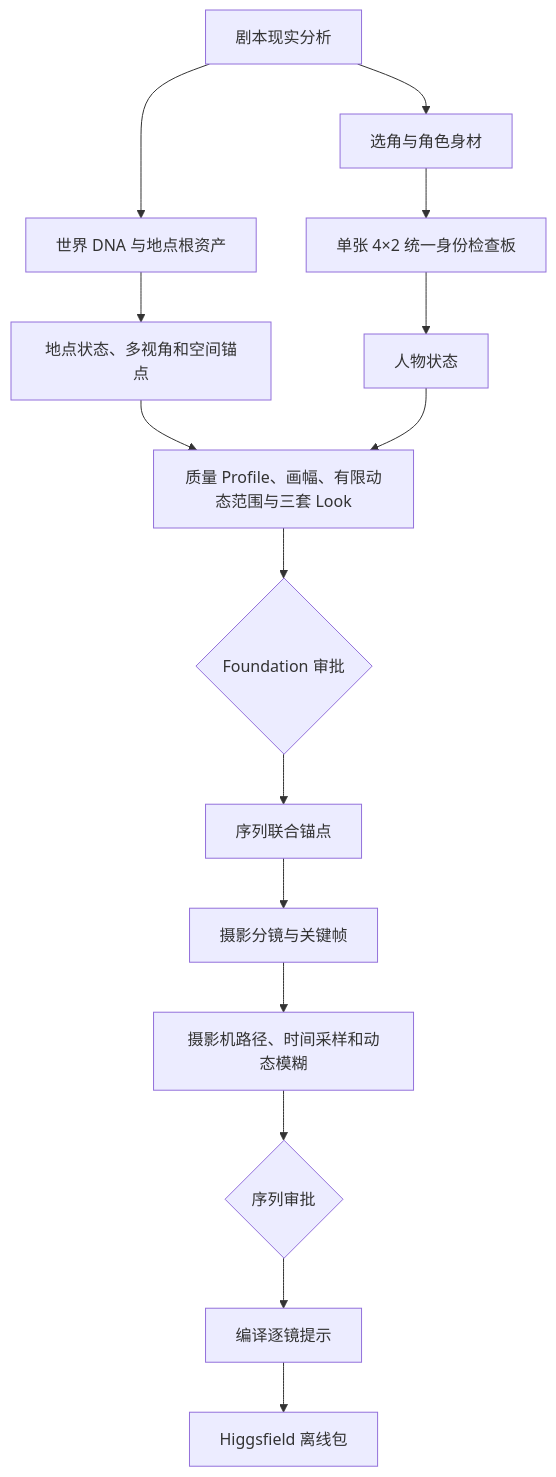
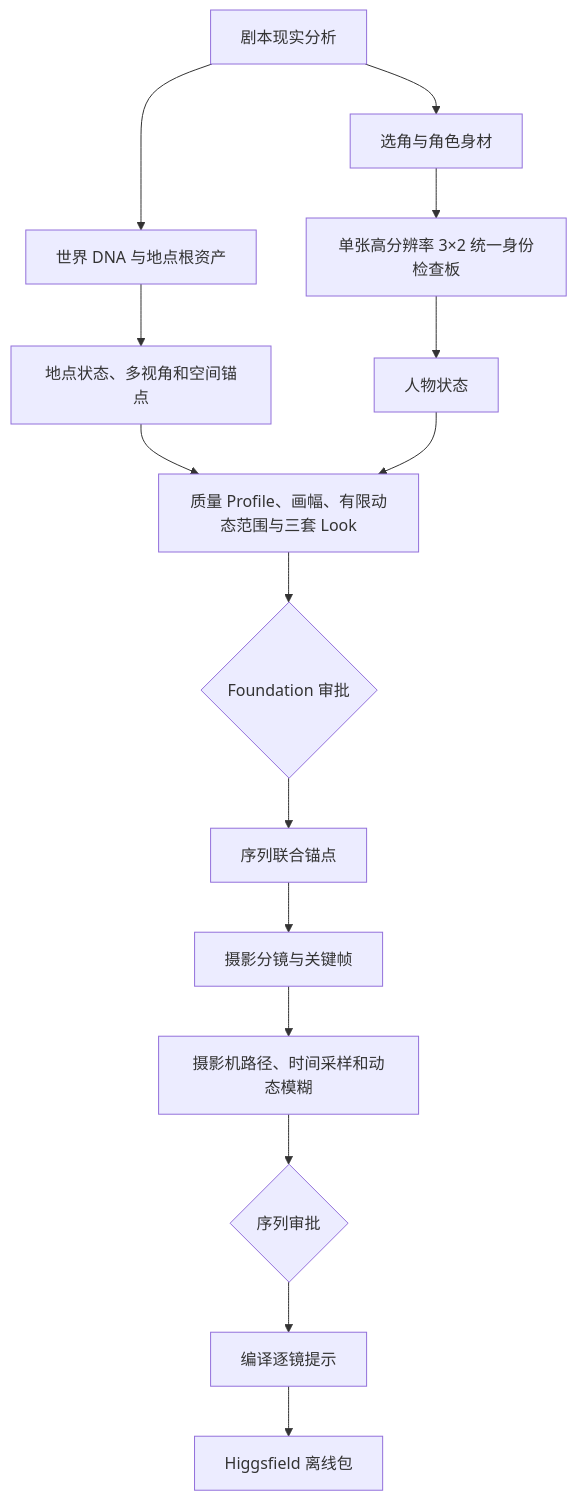
One commit to Hughhhhcoder/cinematic-ai-director changed the diagram in docs/zh-CN/workflow.md. Above: the diagram before and after it, drawn with Mermaid. The commit also changed other lines of this file and 74 other files, not shown here.

````diff
--- a/docs/zh-CN/workflow.md
+++ b/docs/zh-CN/workflow.md
@@ -3,17 +3,17 @@
 ```mermaid
 flowchart TD
     A[剧本现实分析] --> B[选角与角色身材]
-    B --> C[单张 4×2 统一身份检查板]
+    B --> C[单张高分辨率 3×2 统一身份检查板]
     A --> D[世界 DNA 与地点根资产]
     D --> E[地点状态、多视角和空间锚点]
     C --> F[人物状态]
     E --> G[质量 Profile、画幅、有限动态范围与三套 Look]
     F --> G
     G --> H{Foundation 审批}
     H --> I[序列联合锚点]
     I --> J[摄影分镜与关键帧]
     J --> K[摄影机路径、时间采样和动态模糊]
     K --> L{序列审批}
     L --> M[编译逐镜提示]
     M --> N[Higgsfield 离线包]
 ```
````
